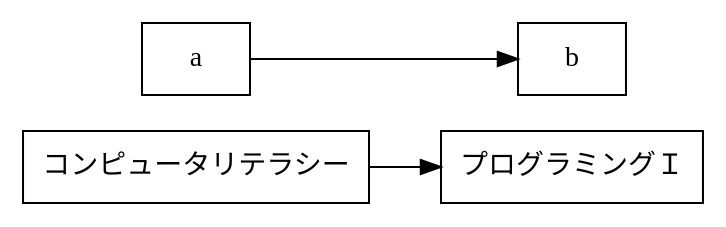
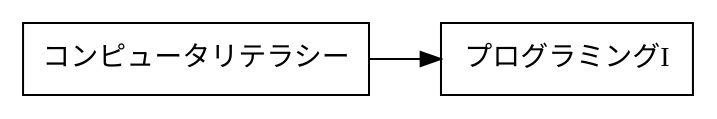
Before and after one commit to DCS-1-301-02/graph: the first of 4 diagrams in exercise.md, drawn with Graphviz.

Commit message:
内容修正

````diff
--- a/exercise.md
+++ b/exercise.md
@@ -9,10 +9,8 @@
 ```graphviz {code_block}
 digraph {
     rankdir = "LR";
     node [shape=box];
 
-    コンピュータリテラシー -> 
-    プログラミングＩ;
-    a -> b
+    "コンピュータリテラシー" -> "プログラミングI ";
 }
 ```
````
